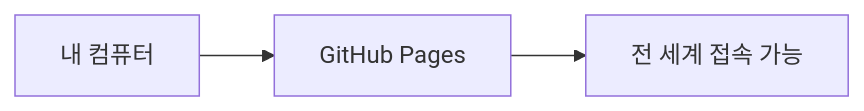
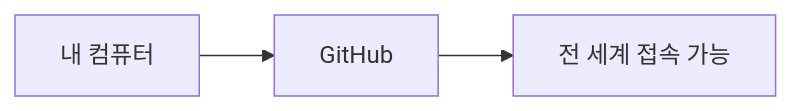
The first of 2 diagrams in _md/essentials-vibecoding/chapter03/03-1.md (nugurejeil/weniVooks), drawn with Mermaid before and after one commit. The commit also changed other lines of this file and 1 other file, not shown here.

````diff
--- a/_md/essentials-vibecoding/chapter03/03-1.md
+++ b/_md/essentials-vibecoding/chapter03/03-1.md
@@ -13,5 +13,5 @@
 ```mermaid
 flowchart LR
-    A["내 컴퓨터"] --> B["GitHub Pages"]
+    A["내 컴퓨터"] --> B["GitHub"]
     B --> C["전 세계 접속 가능"]
 ```
````
